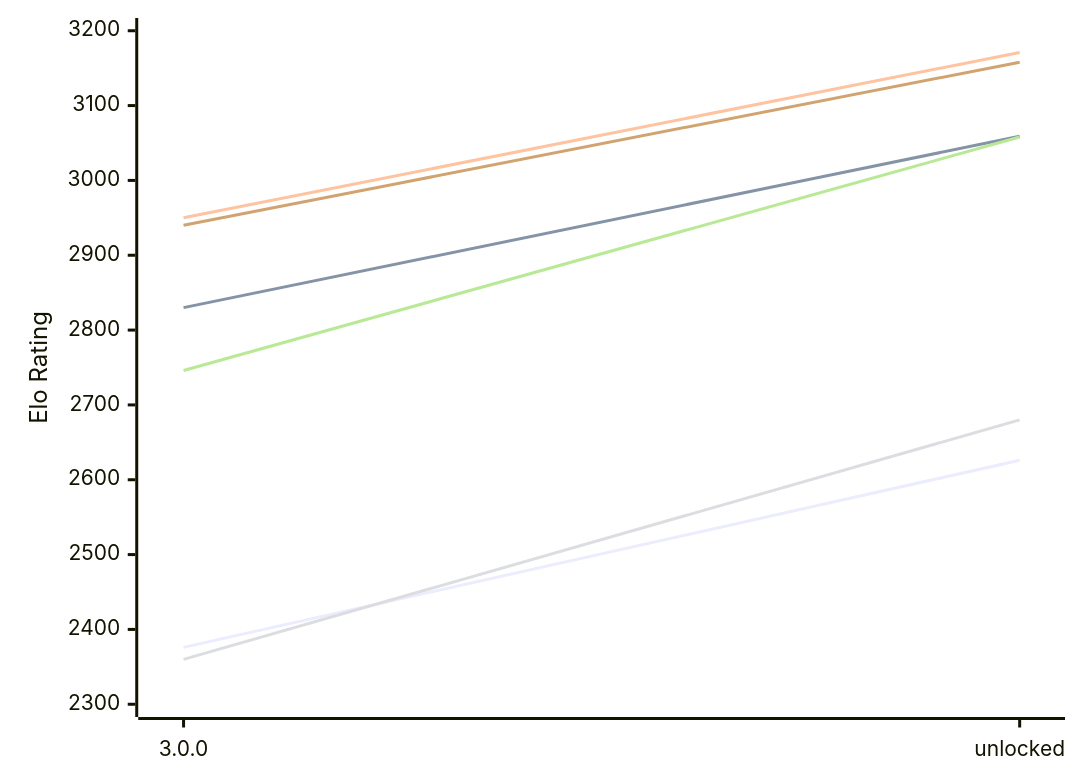
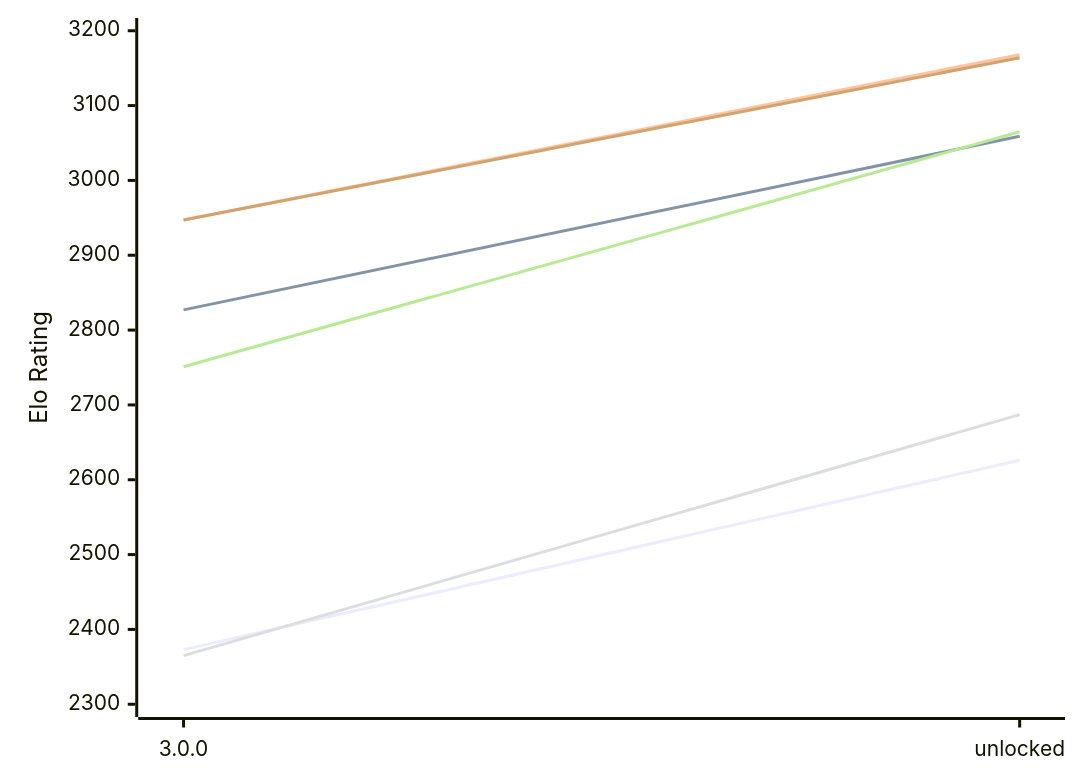
One commit to computer-chess-index/cci changed the first of 2 diagrams in engines/Potential.md. Above: the diagram before and after it, drawn with Mermaid. The commit also changed other lines of this file, not shown here.

Commit message:
Update CCI Ratings (ELO VLTC) - 2026-11-23

````diff
--- a/engines/Potential.md
+++ b/engines/Potential.md
@@ -51,12 +51,12 @@
 ```mermaid
 %%{init: {"theme":"base","themeVariables":{"seriesColors:['#a3a3a3','#222221','#faa371']}}}%%
 xychart-beta
   x-axis ["3.0.0", "unlocked"]
   y-axis "Elo Rating" 2300 --> 3200
-  line "E1: STC (8.0+0.08s)" [2376, 2626]
-  line "E1: LTC (60.0+0.60s)" [2830, 3059]
-  line "E1: VLTC (2m24s+1.12s)" [2950, 3171]
-  line "P1: STC (8.0+0.08s)" [2360, 2680]
-  line "P1: LTC (60.0+0.60s)" [2746, 3058]
-  line "P1: VLTC (2m24s+1.12s)" [2940, 3158]
+  line "E1: STC (8.0+0.08s)" [2373, 2626]
+  line "E1: LTC (60.0+0.60s)" [2827, 3059]
+  line "E1: VLTC (2m24s+1.12s)" [2947, 3168]
+  line "P1: STC (8.0+0.08s)" [2365, 2687]
+  line "P1: LTC (60.0+0.60s)" [2751, 3065]
+  line "P1: VLTC (2m24s+1.12s)" [2947, 3164]
 ```
````
